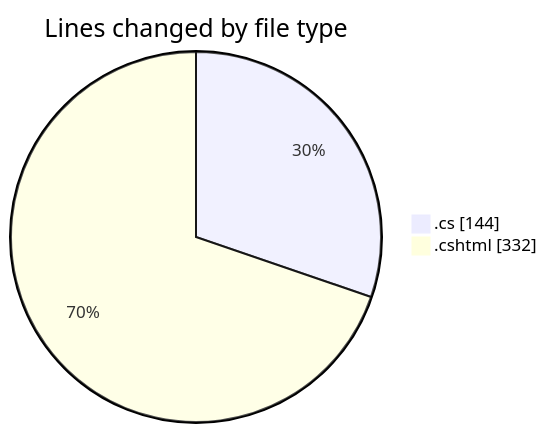
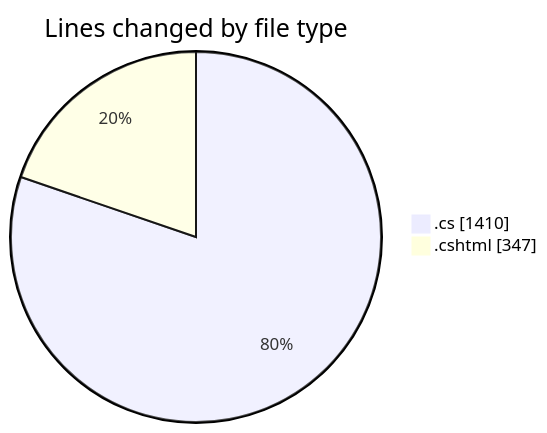
Before and after one commit to lephambinh05/code-tracking: the first of 2 diagrams in 2025-07-24/quanlyrapchieuphim-1/README.md, drawn with Mermaid. The commit also changed other lines of this file and 1 other file, not shown here.

````diff
--- a/2025-07-24/quanlyrapchieuphim-1/README.md
+++ b/2025-07-24/quanlyrapchieuphim-1/README.md
@@ -22,6 +24,6 @@
 ```mermaid
 pie showData
 title Lines changed by file type
-".cs" : 144
-".cshtml" : 332
+".cs" : 1410
+".cshtml" : 347
 ```
````
